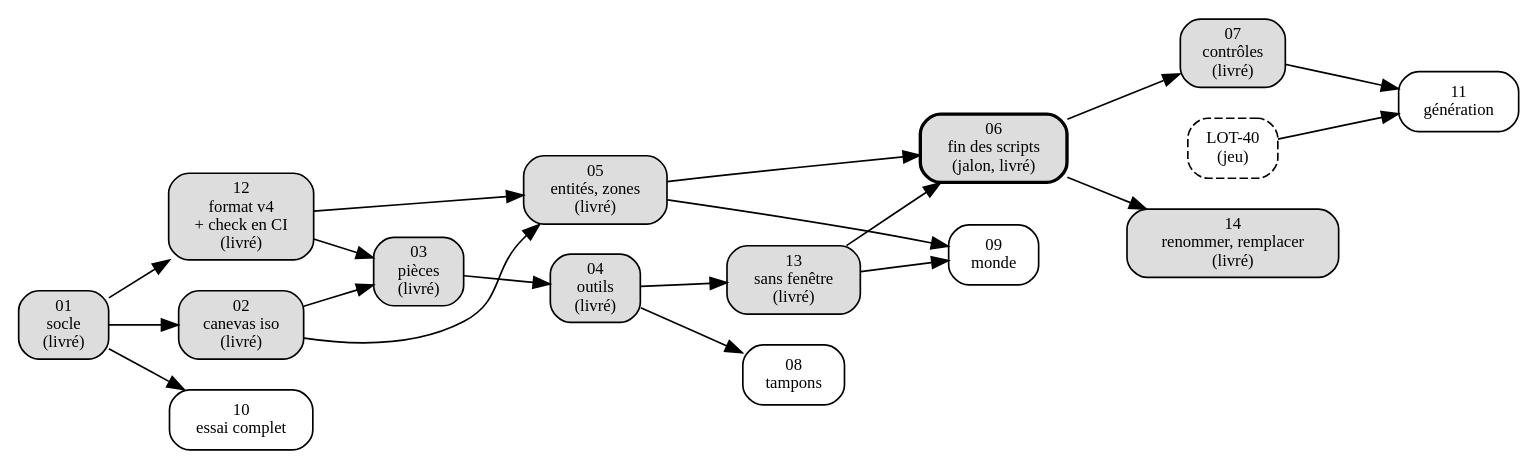
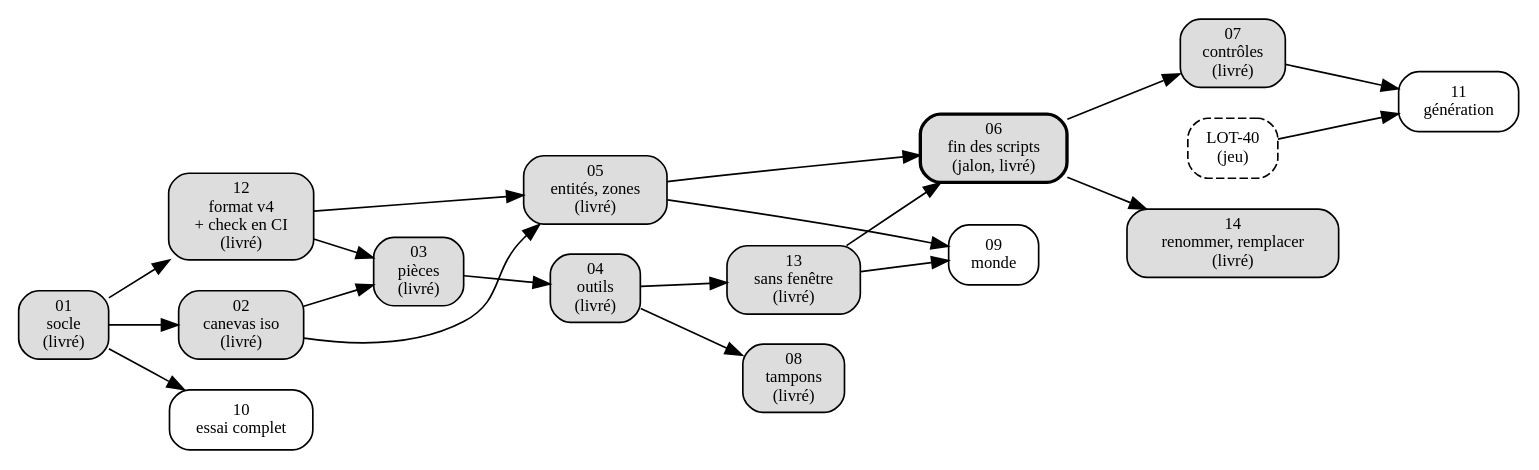
The diagram in Documentation/Editeur/feuille-de-route.md (azertval/JustAnotherRpgGame), drawn with Graphviz before and after one commit. The commit also changed other lines of this file and 53 other files, not shown here.

````diff
--- a/Documentation/Editeur/feuille-de-route.md
+++ b/Documentation/Editeur/feuille-de-route.md
@@ -209,29 +209,29 @@
 ```dot
 digraph editeur {
   rankdir=LR;
   node [shape=box, style=rounded, fontsize=10];
   E01 [label="01\nsocle\n(livré)", style="rounded,filled", fillcolor="#dddddd"];
   E02 [label="02\ncanevas iso\n(livré)", style="rounded,filled", fillcolor="#dddddd"];
   E12 [label="12\nformat v4\n+ check en CI\n(livré)", style="rounded,filled", fillcolor="#dddddd"];
   E03 [label="03\npièces\n(livré)", style="rounded,filled", fillcolor="#dddddd"];
   E04 [label="04\noutils\n(livré)", style="rounded,filled", fillcolor="#dddddd"];
   E05 [label="05\nentités, zones\n(livré)", style="rounded,filled", fillcolor="#dddddd"];
   E13 [label="13\nsans fenêtre\n(livré)", style="rounded,filled", fillcolor="#dddddd"];
   E06 [label="06\nfin des scripts\n(jalon, livré)", style="rounded,filled,bold", fillcolor="#dddddd"];
   E07 [label="07\ncontrôles\n(livré)", style="rounded,filled", fillcolor="#dddddd"];
   E14 [label="14\nrenommer, remplacer\n(livré)", style="rounded,filled", fillcolor="#dddddd"];
-  E08 [label="08\ntampons"];
+  E08 [label="08\ntampons\n(livré)", style="rounded,filled", fillcolor="#dddddd"];
   E09 [label="09\nmonde"];
   E10 [label="10\nessai complet"];
   E11 [label="11\ngénération"];
   L40 [label="LOT-40\n(jeu)", style="rounded,dashed"];
   E01 -> E02; E01 -> E12; E01 -> E10;
   E02 -> E03; E12 -> E03;
   E02 -> E05; E12 -> E05;
   E03 -> E04; E04 -> E13; E04 -> E08;
   E13 -> E06; E05 -> E06;
   E06 -> E07; E06 -> E14;
   E05 -> E09; E13 -> E09;
   E07 -> E11; L40 -> E11;
 }
 ```
````
